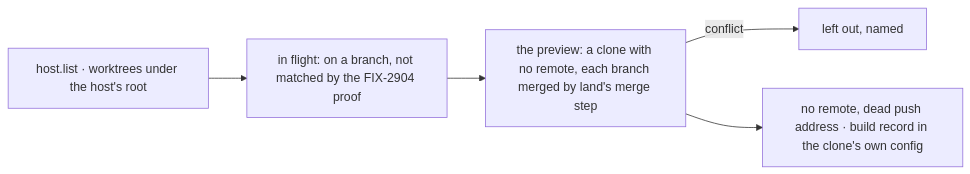
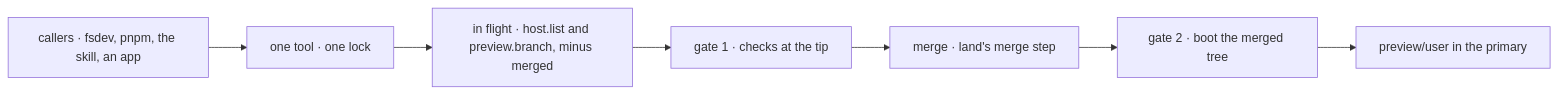
One commit to fixpoint-labs/flow-state-dev changed the second of 2 diagrams in specs/issues/FIX-2905/SPEC.md. Above: the diagram before and after it, drawn with Mermaid. The commit also changed other lines of this file and 8 other files, not shown here.

First line of the commit message:
spec(FIX-2905): preview in the primary checkout, gated on checks and a boot

````diff
--- a/specs/issues/FIX-2905/SPEC.md
+++ b/specs/issues/FIX-2905/SPEC.md
@@ -70,7 +72,9 @@
 ```mermaid
 flowchart LR
-  L["host.list · worktrees under the host's root"] --> E["in flight: on a branch, not matched by the FIX-2904 proof"]
-  E --> M["the preview: a clone with no remote, each branch merged by land's merge step"]
-  M -->|"conflict"| O["left out, named"]
-  M --> G["no remote, dead push address · build record in the clone's own config"]
+  A["callers · fsdev, pnpm, the skill, an app"] --> T["one tool · one lock"]
+  T --> E["in flight · host.list and preview.branch, minus merged"]
+  E --> G1["gate 1 · checks at the tip"]
+  G1 --> M["merge · land's merge step"]
+  M --> G2["gate 2 · boot the merged tree"]
+  G2 --> P["preview/user in the primary"]
 ```
````
